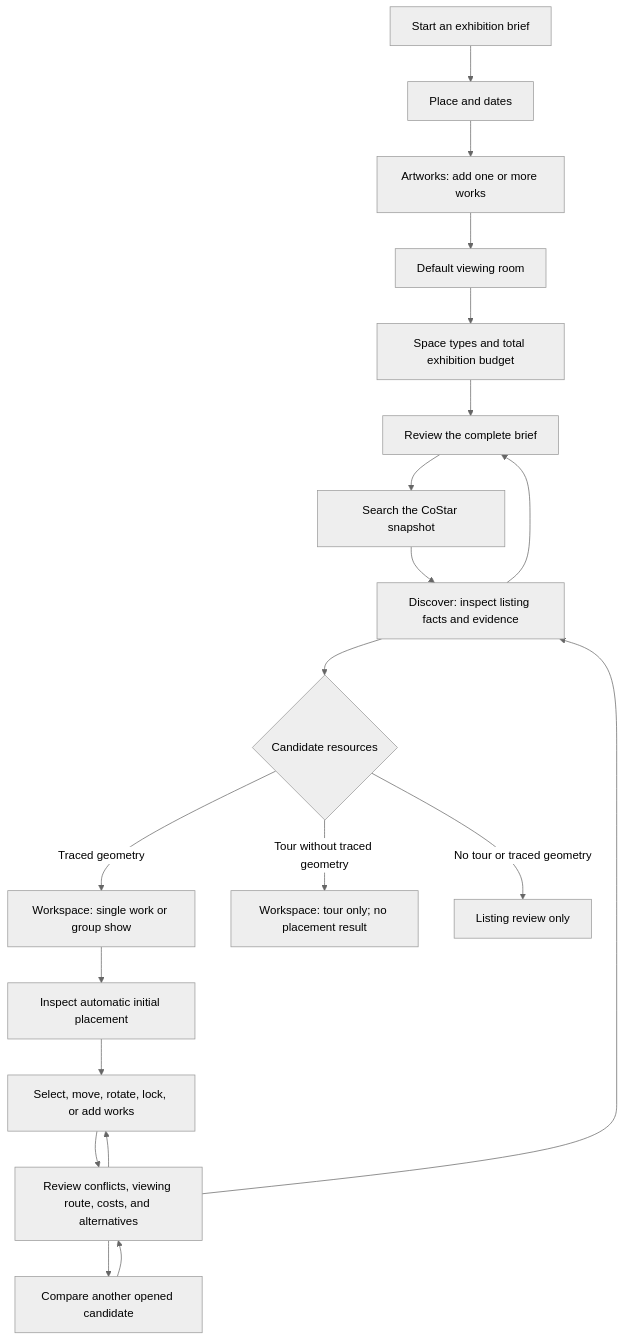
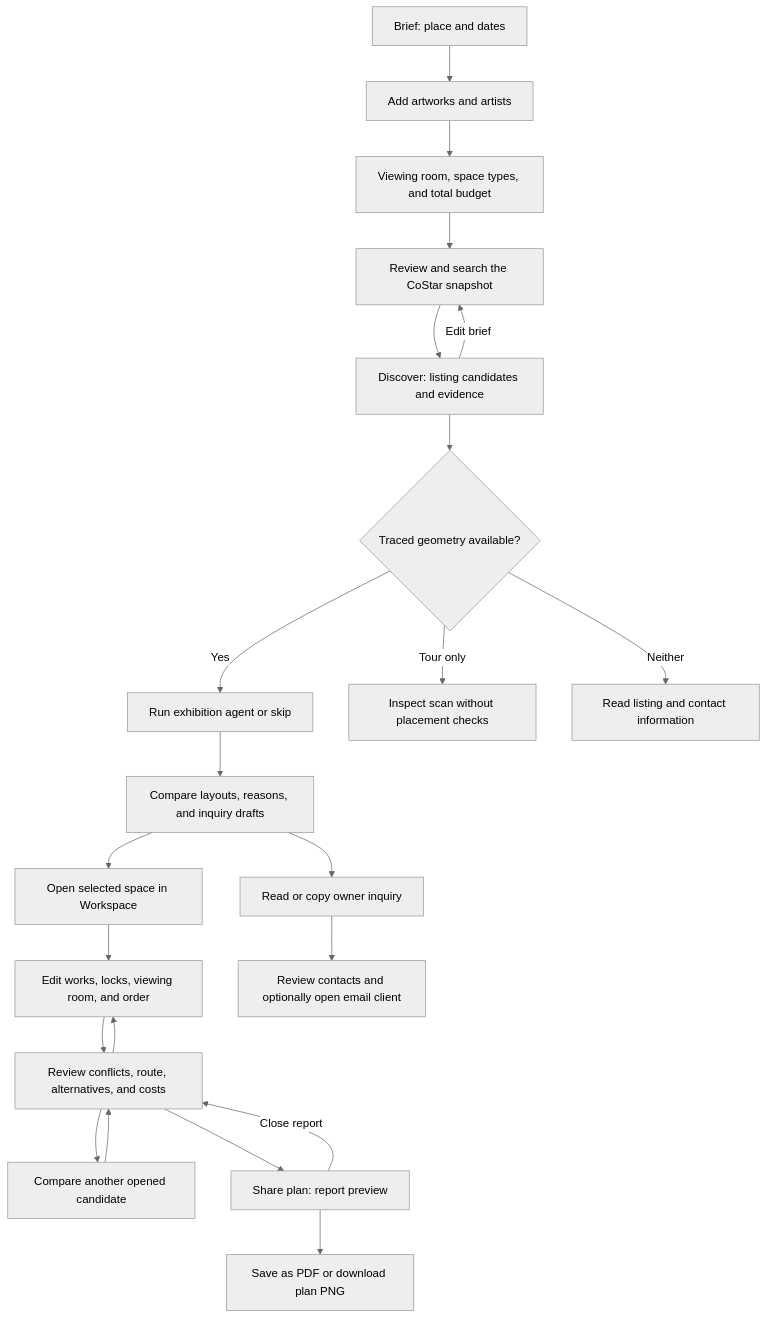
One commit to Hye-Seung-Kim/artfit changed the diagram in docs/USER_FLOW.md. Above: the diagram before and after it, drawn with Mermaid (neutral theme). The commit also changed other lines of this file and 25 other files, not shown here.

````diff
--- a/docs/USER_FLOW.md
+++ b/docs/USER_FLOW.md
@@ -24,22 +39,24 @@
 ```mermaid
 flowchart TD
-    A[Start an exhibition brief] --> B[Place and dates]
-    B --> C[Artworks: add one or more works]
-    C --> D[Default viewing room]
-    D --> E[Space types and total exhibition budget]
-    E --> F[Review the complete brief]
-    F --> G[Search the CoStar snapshot]
-    G --> H[Discover: inspect listing facts and evidence]
-    H --> I{Candidate resources}
-    I -->|Traced geometry| J[Workspace: single work or group show]
-    I -->|Tour without traced geometry| K[Workspace: tour only; no placement result]
-    I -->|No tour or traced geometry| L[Listing review only]
-    J --> M[Inspect automatic initial placement]
-    M --> N[Select, move, rotate, lock, or add works]
-    N --> O[Review conflicts, viewing route, costs, and alternatives]
-    O --> N
-    O --> P[Compare another opened candidate]
-    P --> O
-    H --> F
-    O --> H
+    A[Brief: place and dates] --> B[Add artworks and artists]
+    B --> C[Viewing room, space types, and total budget]
+    C --> D[Review and search the CoStar snapshot]
+    D --> E[Discover: listing candidates and evidence]
+    E --> F{Traced geometry available?}
+    F -->|Yes| G[Run exhibition agent or skip]
+    G --> H[Compare layouts, reasons, and inquiry drafts]
+    H --> I[Open selected space in Workspace]
+    F -->|Tour only| J[Inspect scan without placement checks]
+    F -->|Neither| K[Read listing and contact information]
+    I --> L[Edit works, locks, viewing room, and order]
+    L --> M[Review conflicts, route, alternatives, and costs]
+    M --> L
+    M --> N[Compare another opened candidate]
+    N --> M
+    M --> O[Share plan: report preview]
+    O --> P[Save as PDF or download plan PNG]
+    H --> Q[Read or copy owner inquiry]
+    Q --> R[Review contacts and optionally open email client]
+    O -->|Close report| M
+    E -->|Edit brief| D
 ```
````
